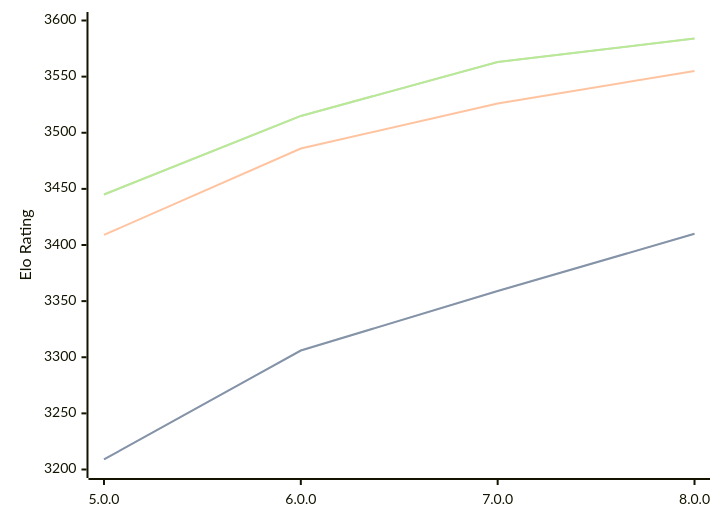
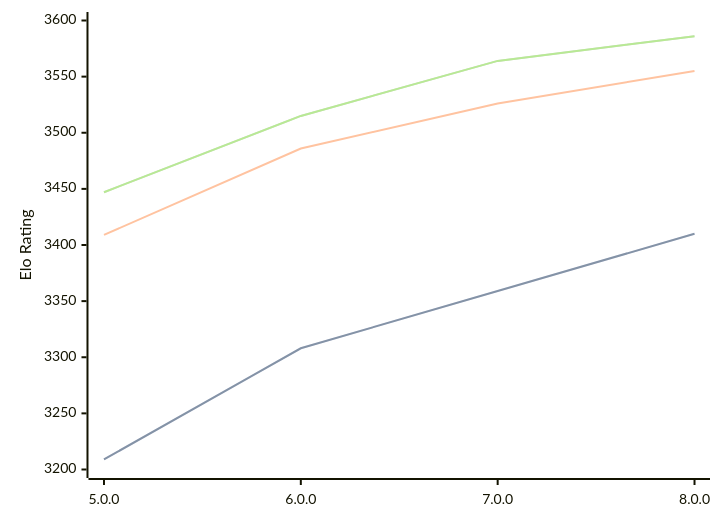
The diagram in engines/Stormphrax.md (computer-chess-index/cci), drawn with Mermaid before and after one commit. The commit also changed other lines of this file, not shown here.

Commit message:
Update CCI Ratings (ELO VLTC) - 2026-09-25

````diff
--- a/engines/Stormphrax.md
+++ b/engines/Stormphrax.md
@@ -34,11 +34,11 @@
 ```mermaid
 %%{init: {"theme":"base","themeVariables":{"seriesColors:['#a3a3a3','#222221','#faa371']}}}%%
 xychart-beta
   x-axis ["5.0.0", "6.0.0", "7.0.0", "8.0.0"]
   y-axis "Elo Rating" 3200 --> 3600
-  line "" [3209, 3306, 3359, 3410]
-  line "STC (8.0+0.08s)" [3209, 3306, 3359, 3410]
+  line "" [3209, 3308, 3359, 3410]
+  line "STC (8.0+0.08s)" [3209, 3308, 3359, 3410]
   line "LTC (60.0+0.60s)" [3409, 3486, 3526, 3555]
-  line "" [3445, 3515, 3563, 3584]
-  line "VLTC (2m24s+1.12s)" [3445, 3515, 3563, 3584]
+  line "" [3447, 3515, 3564, 3586]
+  line "VLTC (2m24s+1.12s)" [3447, 3515, 3564, 3586]
 ```
````
